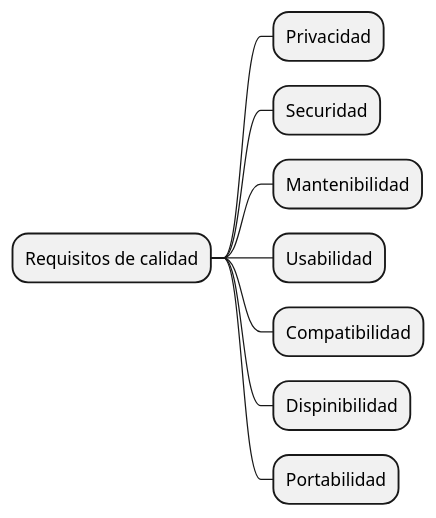
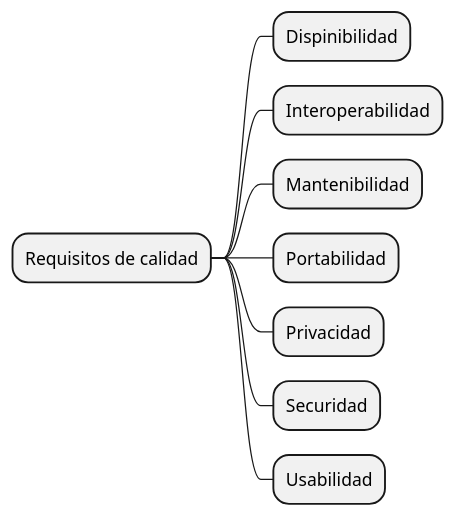
The diagram in docs/10_quality_scenarios.adoc (Arquisoft/Arquisoft-dede_es_02b), drawn with PlantUML before and after one commit. The commit also changed other lines of this file and 2 other files, not shown here.

```diff
--- a/docs/10_quality_scenarios.adoc
+++ b/docs/10_quality_scenarios.adoc
@@ -9,15 +9,15 @@
 [plantuml,calidad,png]
 ----
 @startmindmap
 
 * Requisitos de calidad
+** Dispinibilidad
+** Interoperabilidad
+** Mantenibilidad
+** Portabilidad
 ** Privacidad
 ** Securidad
-** Mantenibilidad
 ** Usabilidad
-** Compatibilidad
-** Dispinibilidad
-** Portabilidad
 
 @endmindmap
 ----
```
